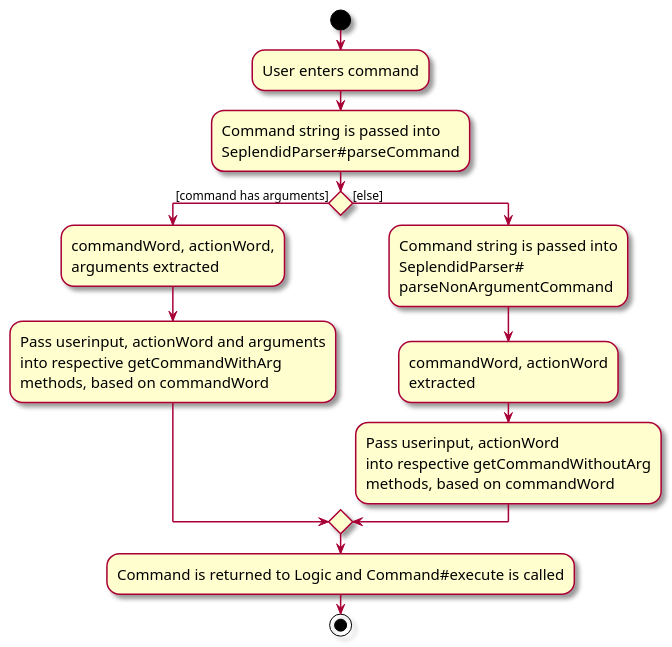
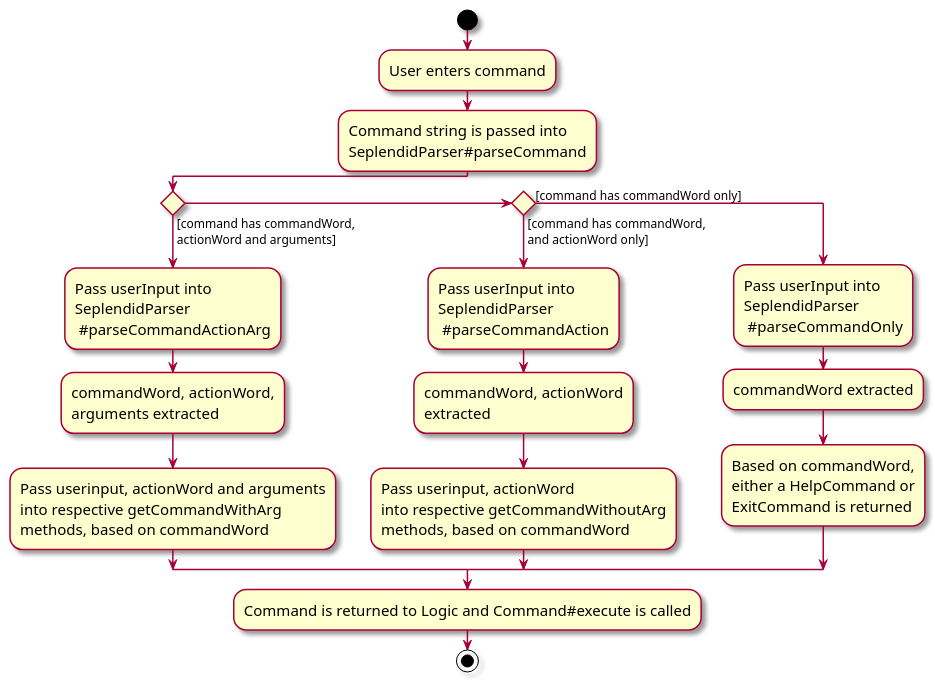
The diagram in docs/diagrams/SeplendidParserActivityDiagram.puml (tjingsheng/tp), drawn with PlantUML before and after one commit. The commit also changed 1 other file, not shown here.

```diff
--- a/docs/diagrams/SeplendidParserActivityDiagram.puml
+++ b/docs/diagrams/SeplendidParserActivityDiagram.puml
@@ -1,21 +1,26 @@
 @startuml
 skin rose
 skinparam ActivityFontSize 15
 skinparam ArrowFontSize 12
 start
 :User enters command;
 :Command string is passed into\nSeplendidParser#parseCommand;
 'Since the beta syntax does not support placing the condition outside the
 'diamond we place it as the true branch instead.
-if () then ([command has arguments])
+if () then ([command has commandWord,\nactionWord and arguments])
+    -Pass userInput into\nSeplendidParser\n #parseCommandActionArg
     -commandWord, actionWord,\narguments extracted
     -Pass userinput, actionWord and arguments\ninto respective getCommandWithArg\nmethods, based on commandWord
-
-else ([else])
-    -Command string is passed into\nSeplendidParser#\nparseNonArgumentCommand
+elseif () then ([command has commandWord,\nand actionWord only])
+    -Pass userInput into\nSeplendidParser\n #parseCommandAction
     -commandWord, actionWord\nextracted
     -Pass userinput, actionWord\ninto respective getCommandWithoutArg\nmethods, based on commandWord
+else ([command has commandWord only])
+    -Pass userInput into\nSeplendidParser\n #parseCommandOnly
+    -commandWord extracted
+    -Based on commandWord,\neither a HelpCommand or\nExitCommand is returned
+
 endif
 -Command is returned to Logic and Command#execute is called
 stop
 @enduml
```
